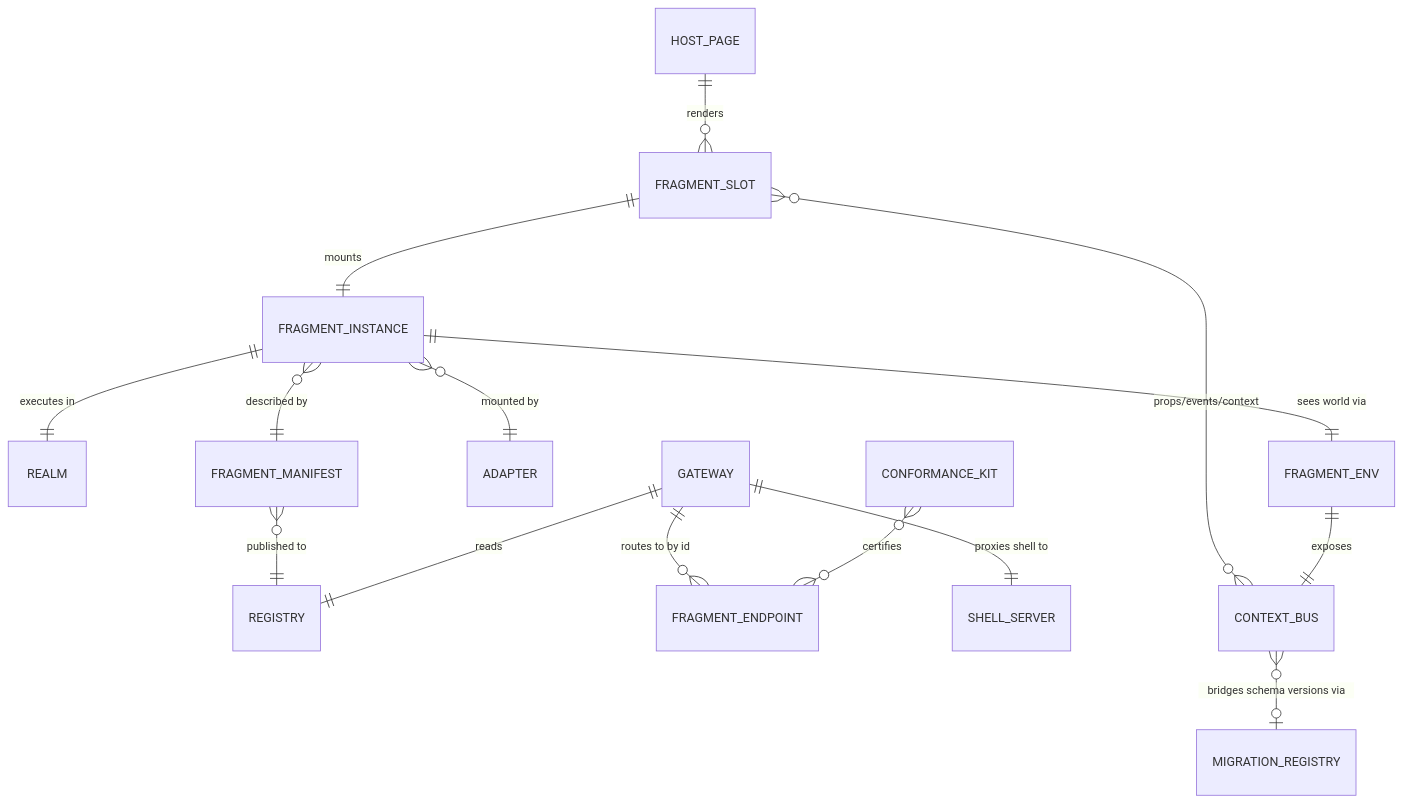
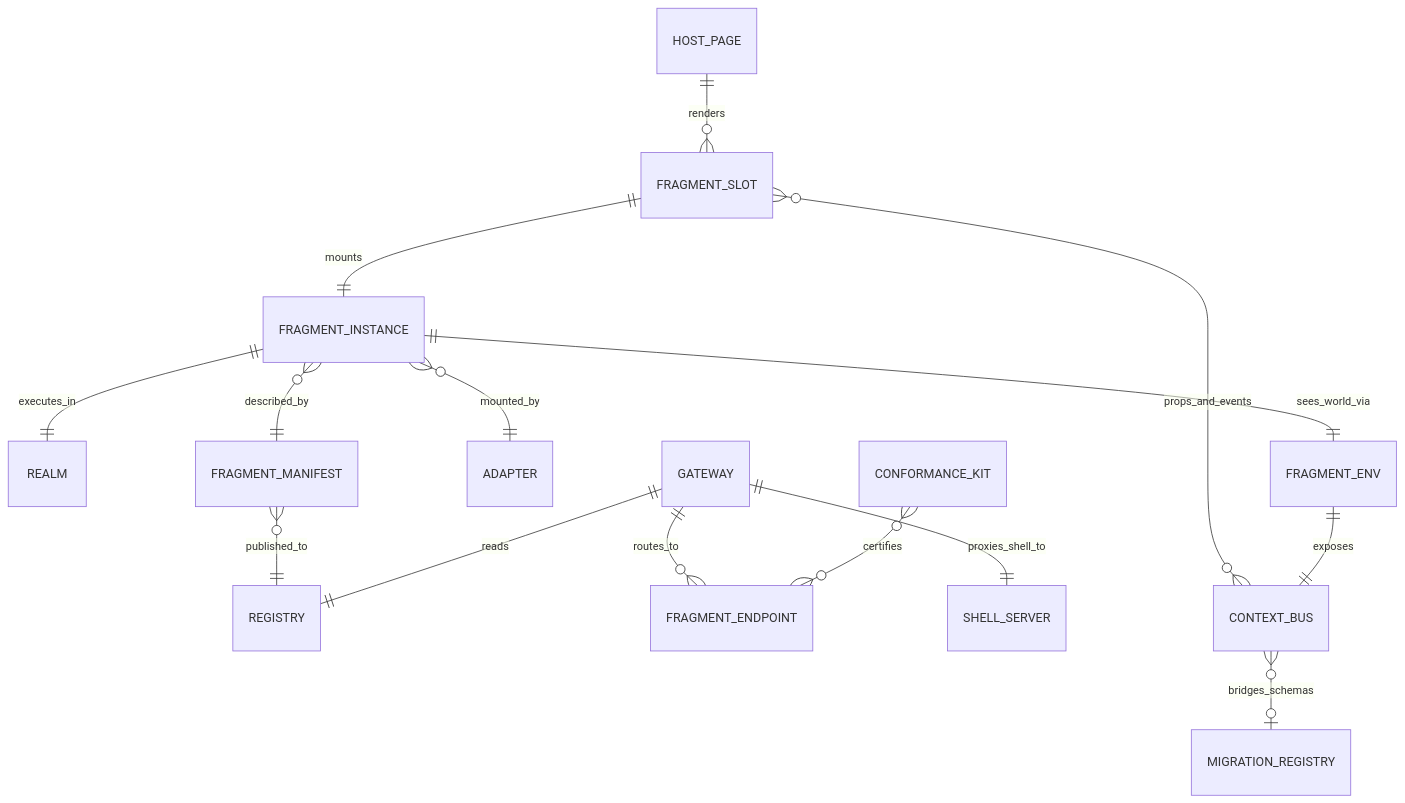
The third of 4 diagrams in docs/braid-architecture.md (Jefftopia/skew), drawn with Mermaid before and after one commit. The commit also changed other lines of this file and 3 other files, not shown here.

````diff
--- a/docs/braid-architecture.md
+++ b/docs/braid-architecture.md
@@ -220,17 +161,17 @@
 ```mermaid
 erDiagram
   HOST_PAGE ||--o{ FRAGMENT_SLOT : renders
   FRAGMENT_SLOT ||--|| FRAGMENT_INSTANCE : mounts
-  FRAGMENT_INSTANCE ||--|| REALM : "executes in"
-  FRAGMENT_INSTANCE ||--|| FRAGMENT_ENV : "sees world via"
-  FRAGMENT_INSTANCE }o--|| ADAPTER : "mounted by"
-  FRAGMENT_INSTANCE }o--|| FRAGMENT_MANIFEST : "described by"
-  FRAGMENT_MANIFEST }o--|| REGISTRY : "published to"
+  FRAGMENT_INSTANCE ||--|| REALM : executes_in
+  FRAGMENT_INSTANCE ||--|| FRAGMENT_ENV : sees_world_via
+  FRAGMENT_INSTANCE }o--|| ADAPTER : mounted_by
+  FRAGMENT_INSTANCE }o--|| FRAGMENT_MANIFEST : described_by
+  FRAGMENT_MANIFEST }o--|| REGISTRY : published_to
   GATEWAY ||--|| REGISTRY : reads
-  GATEWAY ||--o{ FRAGMENT_ENDPOINT : "routes to by id"
-  GATEWAY ||--|| SHELL_SERVER : "proxies shell to"
-  FRAGMENT_SLOT }o--o{ CONTEXT_BUS : "props/events/context"
+  GATEWAY ||--o{ FRAGMENT_ENDPOINT : routes_to
+  GATEWAY ||--|| SHELL_SERVER : proxies_shell_to
+  FRAGMENT_SLOT }o--o{ CONTEXT_BUS : props_and_events
   FRAGMENT_ENV ||--|| CONTEXT_BUS : exposes
-  CONTEXT_BUS }o--o| MIGRATION_REGISTRY : "bridges schema versions via"
+  CONTEXT_BUS }o--o| MIGRATION_REGISTRY : bridges_schemas
   CONFORMANCE_KIT }o--o{ FRAGMENT_ENDPOINT : certifies
 ```
````
